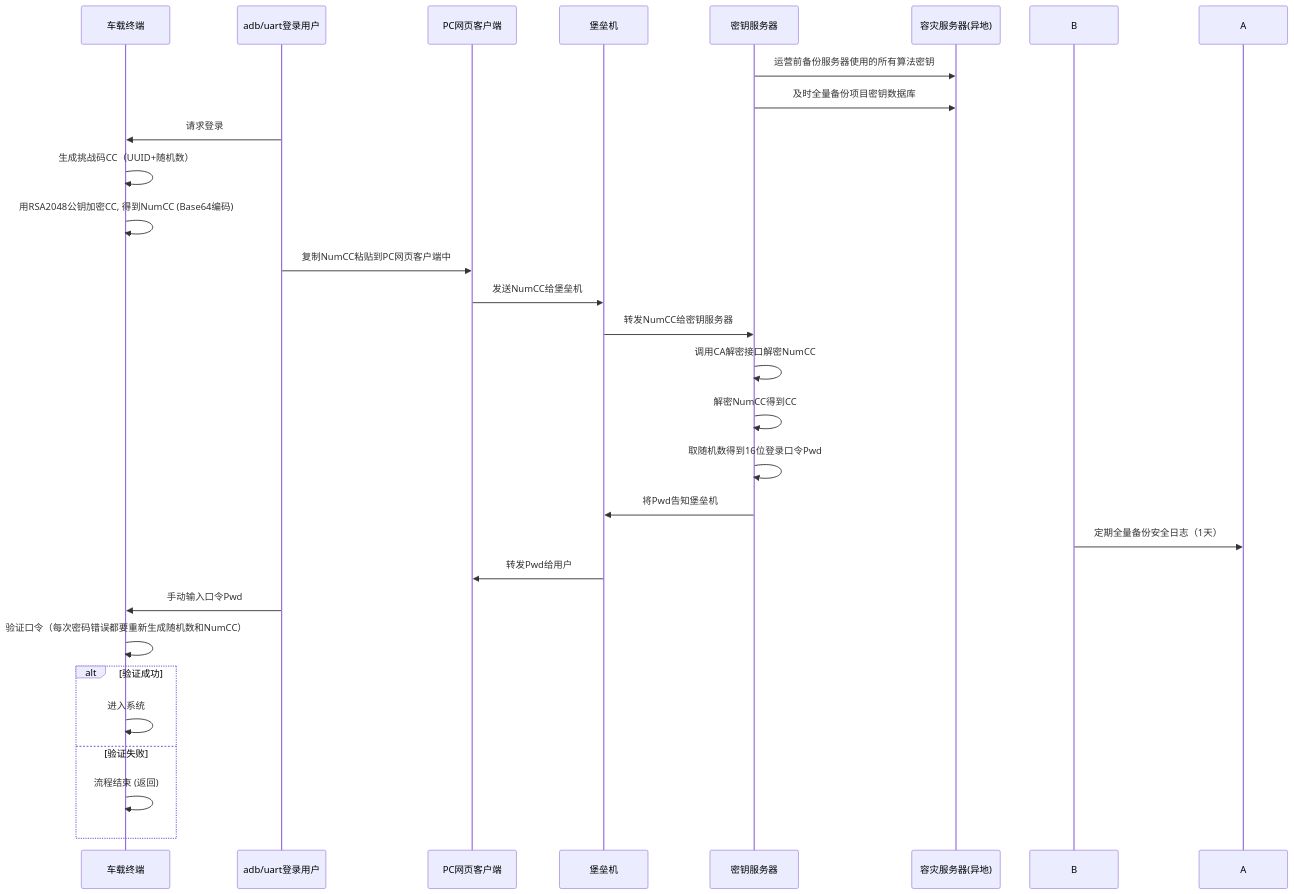
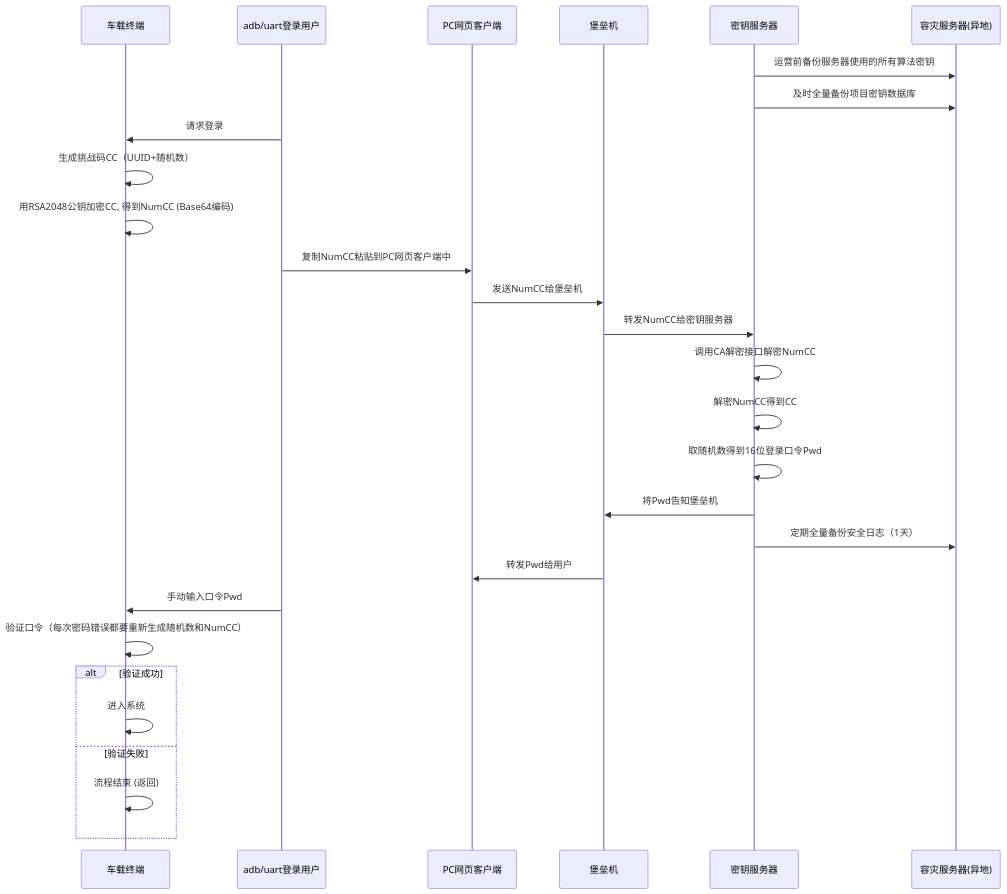
Before and after one commit to facebook-cloud/iodraw-files: the diagram in all/未命名-19.md, drawn with Mermaid.

Commit message:
2026-03-13 15:38:31 update

````diff
--- a/all/未命名-19.md
+++ b/all/未命名-19.md
@@ -1,34 +1,34 @@
 ```mermaid
 sequenceDiagram
     participant tbox as 车载终端
     participant user as adb/uart登录用户
     participant pc as PC网页客户端
     participant bastion as 堡垒机
     participant tech_center as 密钥服务器
     participant backup as 容灾服务器(异地)
   
     tech_center->>backup: 运营前备份服务器使用的所有算法密钥
     tech_center->>backup: 及时全量备份项目密钥数据库
     user->>tbox: 请求登录
     tbox->>tbox: 生成挑战码CC（UUID+随机数）
     tbox->>tbox: 用RSA2048公钥加密CC, 得到NumCC (Base64编码)
     user->>pc: 复制NumCC粘贴到PC网页客户端中
     pc->>bastion: 发送NumCC给堡垒机
     bastion->>tech_center: 转发NumCC给密钥服务器
     tech_center->>tech_center: 调用CA解密接口解密NumCC
     tech_center->>tech_center: 解密NumCC得到CC
     tech_center->>tech_center: 取随机数得到16位登录口令Pwd
     tech_center->>bastion: 将Pwd告知堡垒机
 
-    B->>A: 定期全量备份安全日志（1天）
+    tech_center->>backup: 定期全量备份安全日志（1天）
     bastion->>pc: 转发Pwd给用户
     user->>tbox: 手动输入口令Pwd
     tbox->>tbox: 验证口令（每次密码错误都要重新生成随机数和NumCC）
     alt 验证成功
         tbox->>tbox: 进入系统
     else 验证失败
         tbox->>tbox: 流程结束 (返回)
     end
 
 
 ```
````
